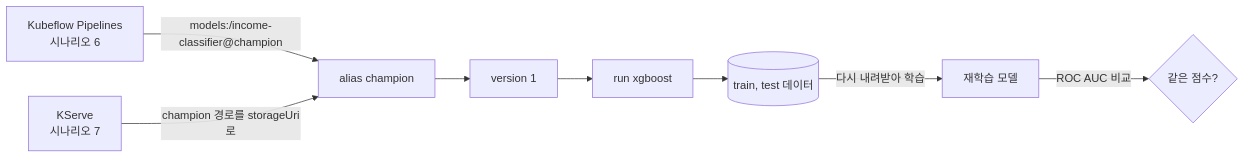
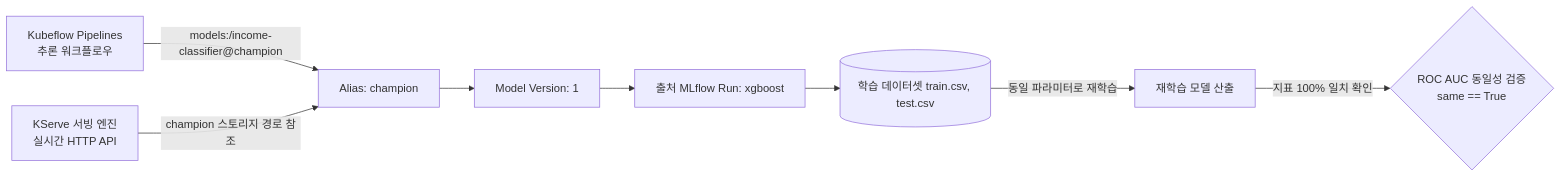
One commit to choisungwook/portfolio changed the first of 2 diagrams in mlops/ml-platform-engineering-part2/docs/11-lab1-registry-reproducibility.md. Above: the diagram before and after it, drawn with Mermaid. The commit also changed other lines of this file and 16 other files, not shown here.

````diff
--- a/mlops/ml-platform-engineering-part2/docs/11-lab1-registry-reproducibility.md
+++ b/mlops/ml-platform-engineering-part2/docs/11-lab1-registry-reproducibility.md
@@ -67,10 +47,10 @@
 ```mermaid
 flowchart LR
-  KFP[Kubeflow Pipelines<br/>시나리오 6] -->|"models:/income-classifier@champion"| Alias[alias champion]
-  KS[KServe<br/>시나리오 7] -->|"champion 경로를 storageUri로"| Alias
-  Alias --> V[version 1]
-  V --> Run[run xgboost]
-  Run --> DS[(train, test 데이터)]
-  DS -->|다시 내려받아 학습| Re[재학습 모델]
-  Re -->|ROC AUC 비교| Check{같은 점수?}
+  KFP[Kubeflow Pipelines<br/>추론 워크플로우] -->|"models:/income-classifier@champion"| Alias[Alias: champion]
+  KS[KServe 서빙 엔진<br/>실시간 HTTP API] -->|"champion 스토리지 경로 참조"| Alias
+  Alias --> V[Model Version: 1]
+  V --> Run[출처 MLflow Run: xgboost]
+  Run --> DS[(학습 데이터셋 train.csv, test.csv)]
+  DS -->|동일 파라미터로 재학습| Re[재학습 모델 산출]
+  Re -->|지표 100% 일치 확인| Check{ROC AUC 동일성 검증<br/>same == True}
 ```
````
